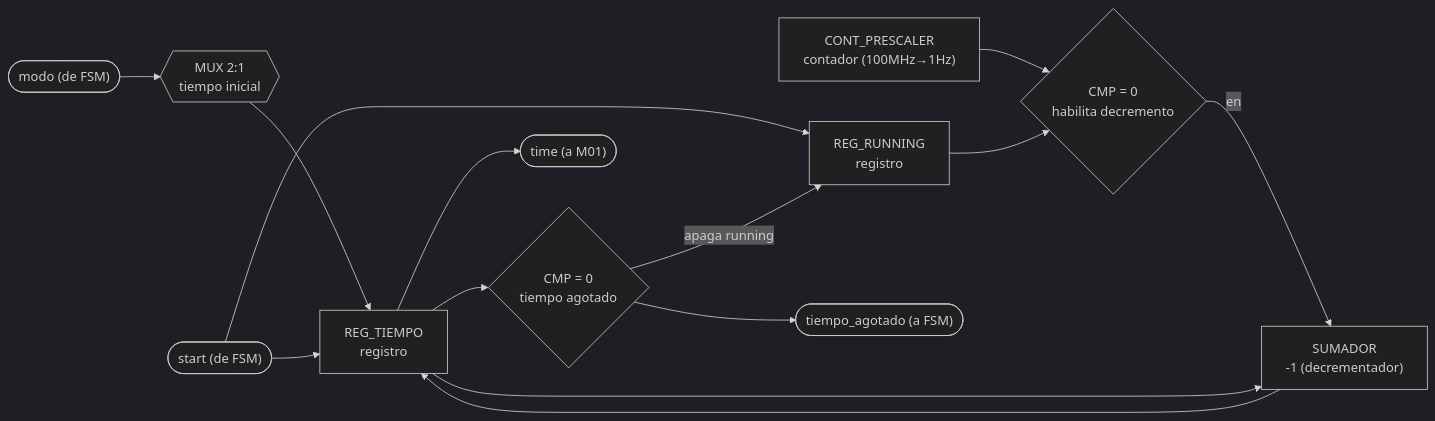
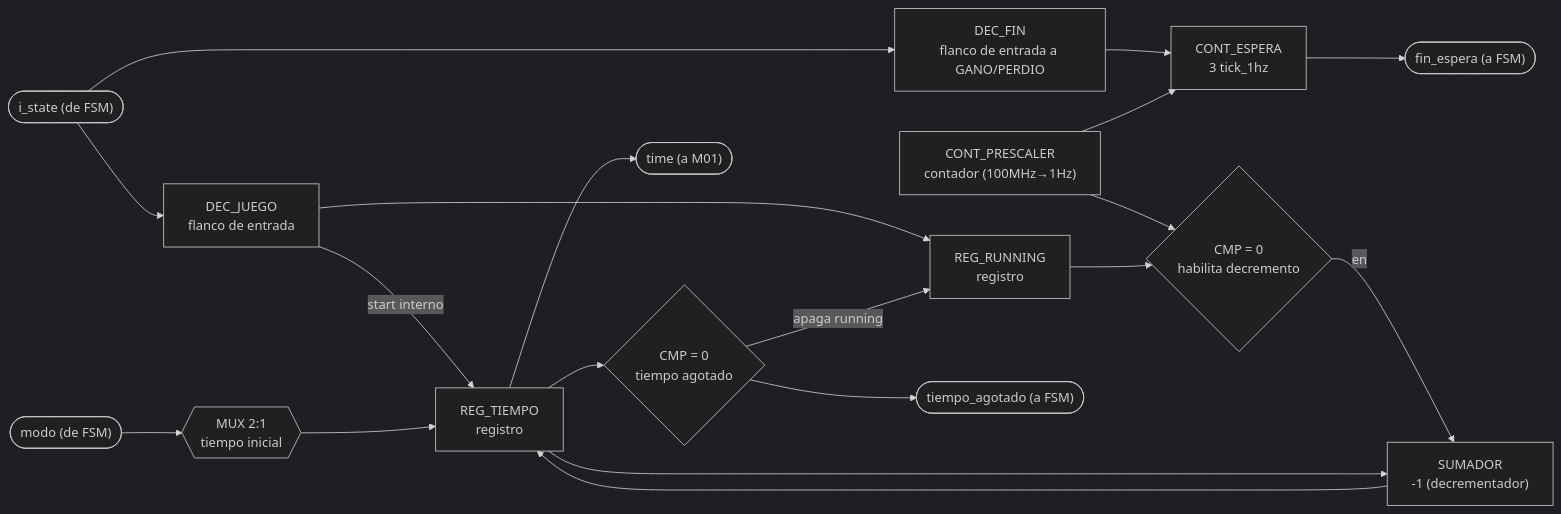
The first of 2 diagrams in docs/diseño/modulos/M03_Temporizador.md (Taller-de-diseno-digital-GR01/Proyecto-2-Ahorcado), drawn with Mermaid (dark theme) before and after one commit. The commit also changed other lines of this file and 2 other files, not shown here.

Commit message:
actualización fsm-temporizador

````diff
--- a/docs/diseño/modulos/M03_Temporizador.md
+++ b/docs/diseño/modulos/M03_Temporizador.md
@@ -9,16 +9,21 @@
 ```mermaid
 flowchart LR
+    IN_STATE(["i_state (de FSM)"]) --> DECJ["DEC_JUEGO<br/>flanco de entrada"]
+    IN_STATE --> DECF["DEC_FIN<br/>flanco de entrada a GANO/PERDIO"]
+    DECJ -->|"start interno"| REG_T["REG_TIEMPO<br/>registro"]
+    DECJ --> REG_RUN["REG_RUNNING<br/>registro"]
     IN_MODO(["modo (de FSM)"]) --> MUX1{{"MUX 2:1<br/>tiempo inicial"}}
-    MUX1 --> REG_T["REG_TIEMPO<br/>registro"]
-    IN_START(["start (de FSM)"]) --> REG_T
-    IN_START --> REG_RUN["REG_RUNNING<br/>registro"]
+    MUX1 --> REG_T
     CNT_PRE["CONT_PRESCALER<br/>contador (100MHz→1Hz)"] --> CMP1{"CMP = 0<br/>habilita decremento"}
     REG_RUN --> CMP1
     CMP1 -->|en| SUB1["SUMADOR<br/>-1 (decrementador)"]
     REG_T --> SUB1
     SUB1 --> REG_T
     REG_T --> CMP2{"CMP = 0<br/>tiempo agotado"}
     CMP2 --> OUT_FIN(["tiempo_agotado (a FSM)"])
     CMP2 -->|"apaga running"| REG_RUN
     REG_T --> OUT_TIME(["time (a M01)"])
+    DECF --> CNT_ESPERA["CONT_ESPERA<br/>3 tick_1hz"]
+    CNT_PRE --> CNT_ESPERA
+    CNT_ESPERA --> OUT_ESPERA(["fin_espera (a FSM)"])
 ```
````
